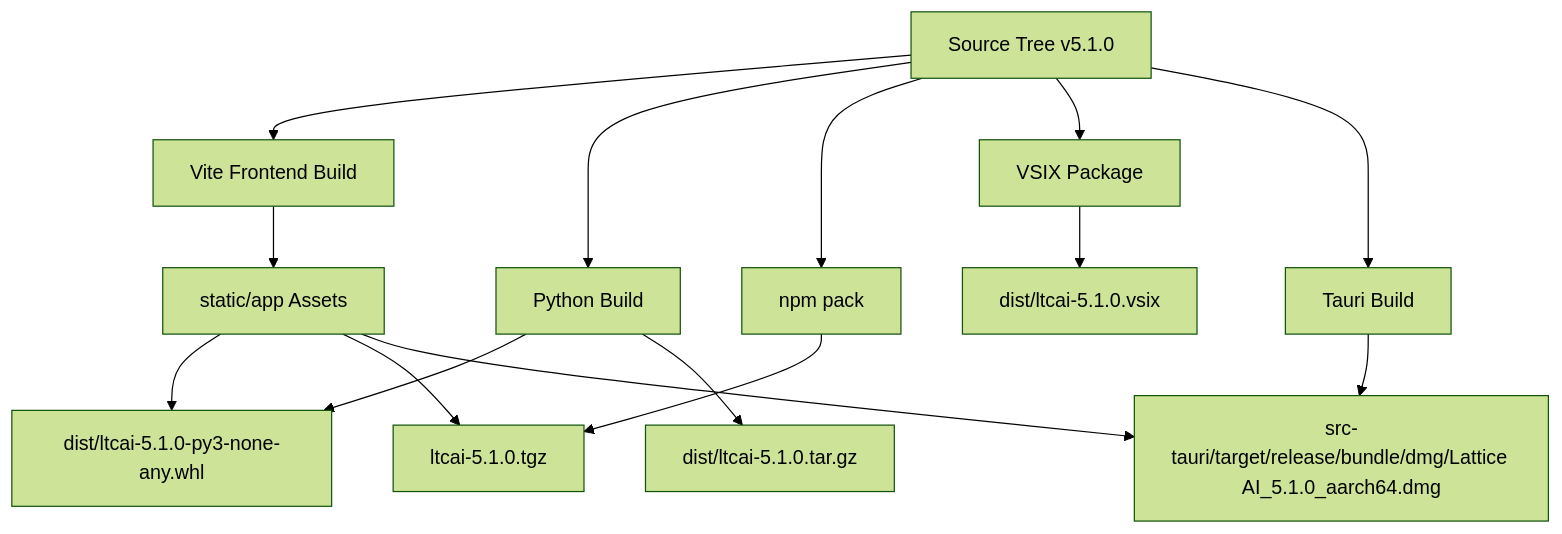
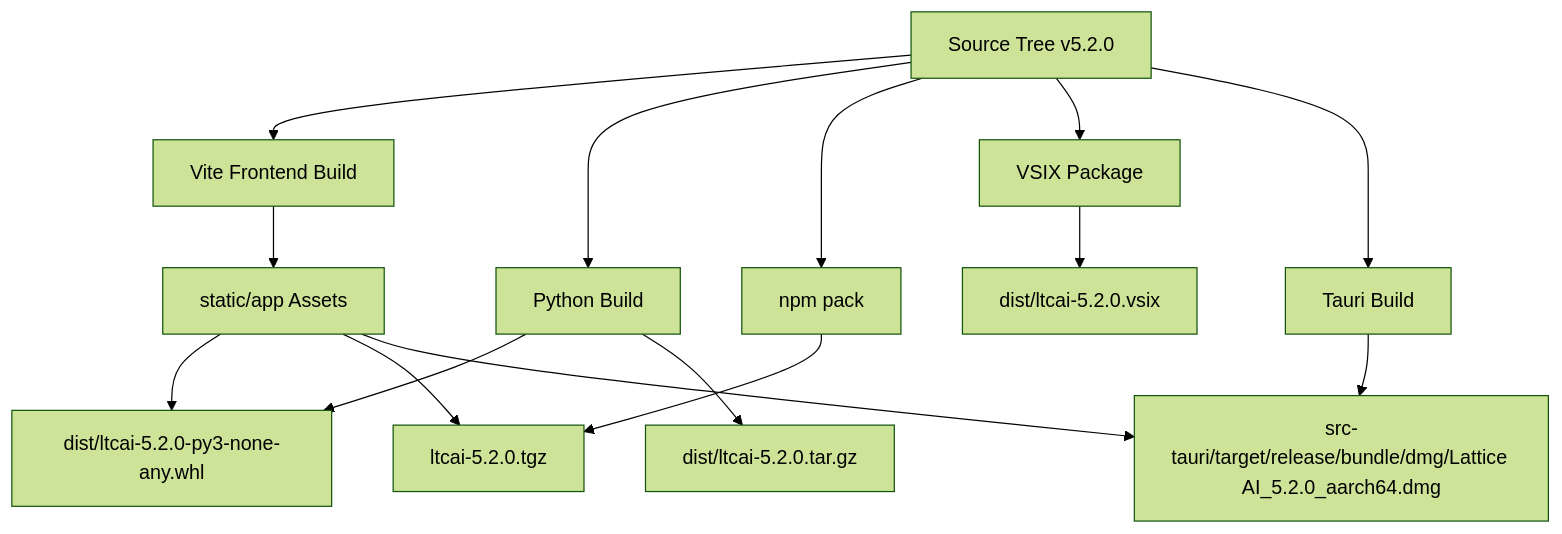
The tenth of 10 diagrams in ARCHITECTURE.md (TaeSooPark-PTS/LatticeAI), drawn with Mermaid (forest theme) before and after one commit. The commit also changed other lines of this file and 8 other files, not shown here.

````diff
--- a/ARCHITECTURE.md
+++ b/ARCHITECTURE.md
@@ -264,18 +266,18 @@
 ```mermaid
 flowchart TB
-  Source["Source Tree v5.1.0"] --> FrontendBuild["Vite Frontend Build"]
+  Source["Source Tree v5.2.0"] --> FrontendBuild["Vite Frontend Build"]
   Source --> PythonBuild["Python Build"]
   Source --> NpmPack["npm pack"]
   Source --> VsixBuild["VSIX Package"]
   Source --> TauriBuild["Tauri Build"]
 
   FrontendBuild --> StaticAssets["static/app Assets"]
-  PythonBuild --> Wheel["dist/ltcai-5.1.0-py3-none-any.whl"]
-  PythonBuild --> Sdist["dist/ltcai-5.1.0.tar.gz"]
-  NpmPack --> Tgz["ltcai-5.1.0.tgz"]
-  VsixBuild --> Vsix["dist/ltcai-5.1.0.vsix"]
-  TauriBuild --> Dmg["src-tauri/target/release/bundle/dmg/Lattice AI_5.1.0_aarch64.dmg"]
+  PythonBuild --> Wheel["dist/ltcai-5.2.0-py3-none-any.whl"]
+  PythonBuild --> Sdist["dist/ltcai-5.2.0.tar.gz"]
+  NpmPack --> Tgz["ltcai-5.2.0.tgz"]
+  VsixBuild --> Vsix["dist/ltcai-5.2.0.vsix"]
+  TauriBuild --> Dmg["src-tauri/target/release/bundle/dmg/Lattice AI_5.2.0_aarch64.dmg"]
   StaticAssets --> Wheel
   StaticAssets --> Tgz
   StaticAssets --> Dmg
 ```
````
